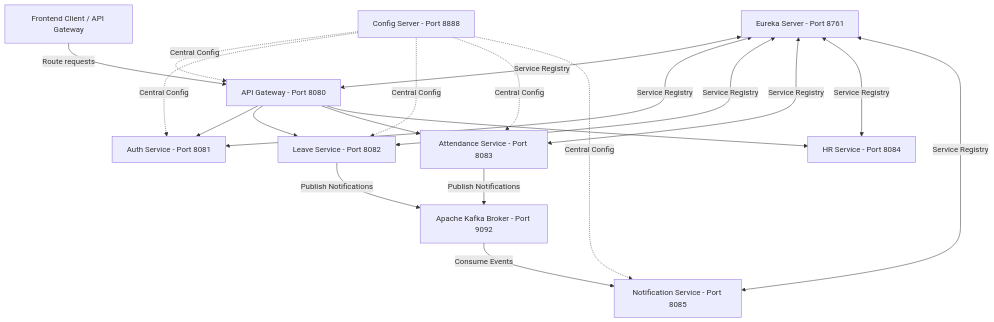
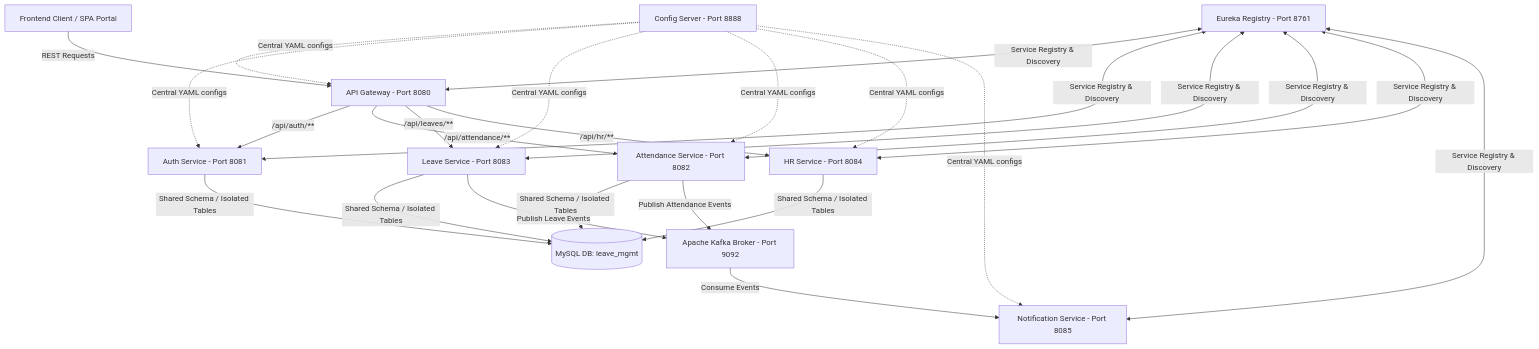
Before and after one commit to kavyasree15/leave-management-main: the diagram in README.md, drawn with Mermaid. The commit also changed other lines of this file, not shown here.

````diff
--- a/README.md
+++ b/README.md
@@ -9,26 +11,23 @@
 ```mermaid
 graph TD
-    Client[Frontend Client / API Gateway] --> |Route requests| Gateway[API Gateway - Port 8080]
-    
-    Gateway --> Auth[Auth Service - Port 8081]
-    Gateway --> Leave[Leave Service - Port 8082]
-    Gateway --> Attendance[Attendance Service - Port 8083]
-    Gateway --> HR[HR Service - Port 8084]
-    
-    Config[Config Server - Port 8888] -.-> |Central Config| Gateway
-    Config -.-> |Central Config| Auth
-    Config -.-> |Central Config| Leave
-    Config -.-> |Central Config| Attendance
-    Config -.-> |Central Config| Notification[Notification Service - Port 8085]
-    
-    Eureka[Eureka Server - Port 8761] <--> |Service Registry| Gateway
-    Eureka <--> |Service Registry| Auth
-    Eureka <--> |Service Registry| Leave
-    Eureka <--> |Service Registry| Attendance
-    Eureka <--> |Service Registry| HR
-    Eureka <--> |Service Registry| Notification
+    %% Clients
+    Client[Frontend Client / SPA Portal] --> |REST Requests| Gateway[API Gateway - Port 8080]
 
-    Leave --> |Publish Notifications| Kafka[Apache Kafka Broker - Port 9092]
-    Attendance --> |Publish Notifications| Kafka
-    Kafka --> |Consume Events| Notification
+    %% Gateway Routing
+    Gateway --> |/api/auth/**| Auth[Auth Service - Port 8081]
+    Gateway --> |/api/attendance/**| Attendance[Attendance Service - Port 8082]
+    Gateway --> |/api/leaves/**| Leave[Leave Service - Port 8083]
+    Gateway --> |/api/hr/**| HR[HR Service - Port 8084]
+
+    %% Central Infrastructure
+    Config[Config Server - Port 8888] -.-> |Central YAML configs| Gateway & Auth & Leave & Attendance & HR & Notification
+    Eureka[Eureka Registry - Port 8761] <--> |Service Registry & Discovery| Gateway & Auth & Leave & Attendance & HR & Notification
+
+    %% Database Layer
+    Auth & Leave & Attendance & HR --> |Shared Schema / Isolated Tables| MySQL[(MySQL DB: leave_mgmt)]
+
+    %% Event-Driven Notification Channel
+    Leave --> |Publish Leave Events| Kafka[Apache Kafka Broker - Port 9092]
+    Attendance --> |Publish Attendance Events| Kafka
+    Kafka --> |Consume Events| Notification[Notification Service - Port 8085]
 ```
````
